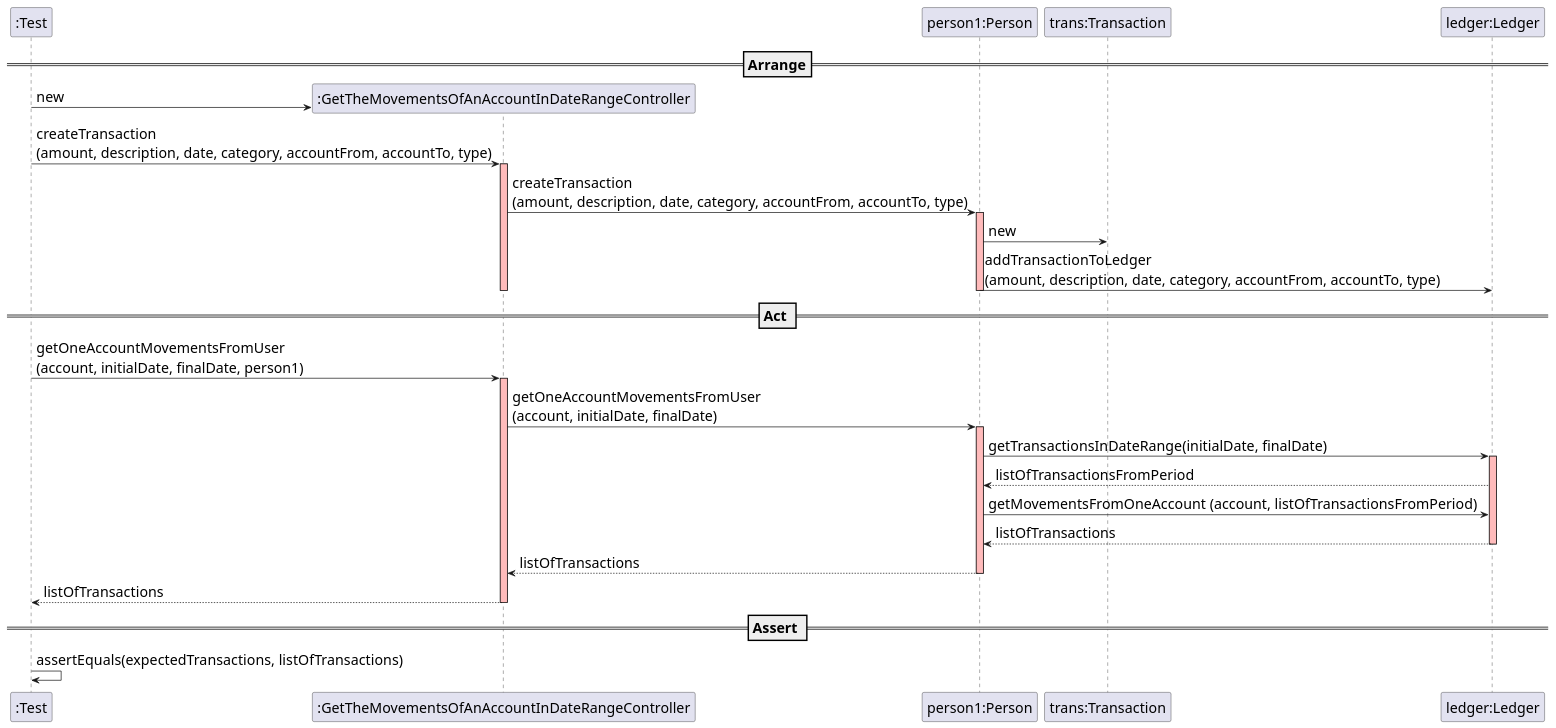
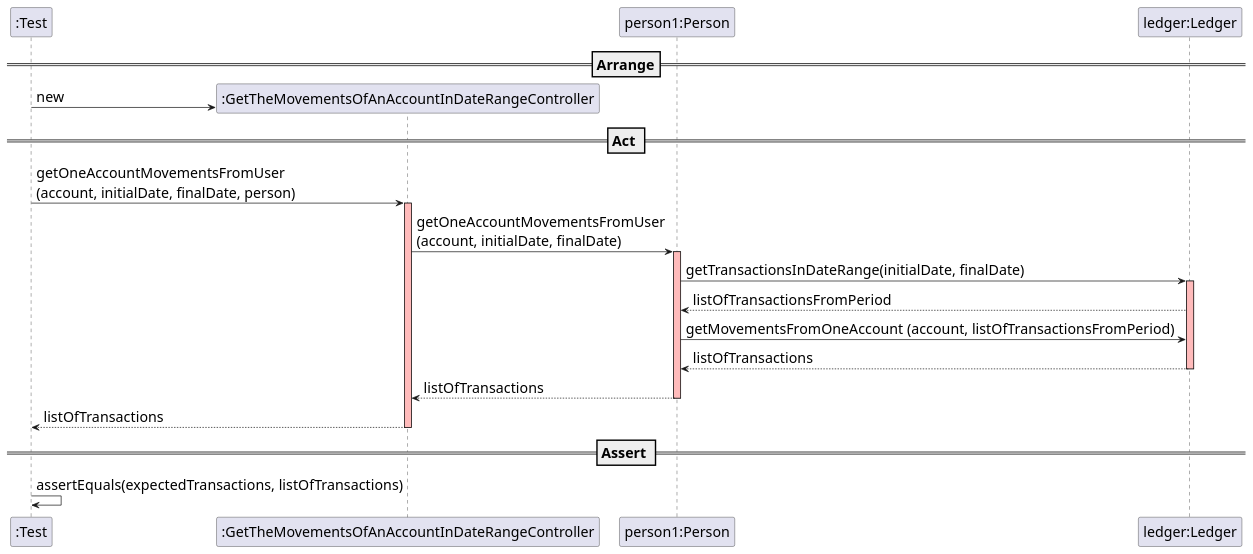
Before and after one commit to mleitaoribeiro/DevOpsMaven: the diagram in docs/SequenceDiagram - US010.1.puml, drawn with PlantUML.

Commit message:
ref #540 Sequence Diagram fix

```diff
--- a/docs/SequenceDiagram - US010.1.puml
+++ b/docs/SequenceDiagram - US010.1.puml
@@ -1,49 +1,42 @@
 @startuml
 
 skinparam DefaultFontSize 20
 
 create ":Test"
 
 ==Arrange==
 
 create ":GetTheMovementsOfAnAccountInDateRangeController"
 ":Test" -> ":GetTheMovementsOfAnAccountInDateRangeController" : new
 
 participant "person1:Person"
-":Test" -> ":GetTheMovementsOfAnAccountInDateRangeController" : createTransaction\n(amount, description, date, category, accountFrom, accountTo, type)
-activate ":GetTheMovementsOfAnAccountInDateRangeController" #FFBBBB
-":GetTheMovementsOfAnAccountInDateRangeController" -> "person1:Person" : createTransaction\n(amount, description, date, category, accountFrom, accountTo, type)
-activate "person1:Person" #FFBBBB
 
-participant "trans:Transaction"
 participant "ledger:Ledger"
-"person1:Person" -> "trans:Transaction" : new
-"person1:Person" -> "ledger:Ledger" : addTransactionToLedger\n(amount, description, date, category, accountFrom, accountTo, type)
 deactivate "person1:Person" #FFBBBB
 deactivate ":GetTheMovementsOfAnAccountInDateRangeController" #FFBBBB
 
 == Act ==
 
-":Test" -> ":GetTheMovementsOfAnAccountInDateRangeController" : getOneAccountMovementsFromUser\n(account, initialDate, finalDate, person1)
+":Test" -> ":GetTheMovementsOfAnAccountInDateRangeController" : getOneAccountMovementsFromUser\n(account, initialDate, finalDate, person)
 activate ":GetTheMovementsOfAnAccountInDateRangeController" #FFBBBB
 ":GetTheMovementsOfAnAccountInDateRangeController" -> "person1:Person" : getOneAccountMovementsFromUser\n(account, initialDate, finalDate)
 activate "person1:Person" #FFBBBB
 
 
 "person1:Person" -> "ledger:Ledger" : getTransactionsInDateRange(initialDate, finalDate)
 activate "ledger:Ledger" #FFBBBB
 "ledger:Ledger" --> "person1:Person" : listOfTransactionsFromPeriod
 
 "person1:Person" -> "ledger:Ledger" : getMovementsFromOneAccount (account, listOfTransactionsFromPeriod)
 "ledger:Ledger" --> "person1:Person" : listOfTransactions
 deactivate "ledger:Ledger" #FFBBBB
 "person1:Person" --> ":GetTheMovementsOfAnAccountInDateRangeController" : listOfTransactions
 deactivate "person1:Person" #FFBBBB
 ":GetTheMovementsOfAnAccountInDateRangeController" --> ":Test" : listOfTransactions
 deactivate ":GetTheMovementsOfAnAccountInDateRangeController" #FFBBBB
 
 == Assert ==
 
 ":Test" -> ":Test" : assertEquals(expectedTransactions, listOfTransactions)
 
 @enduml
```
